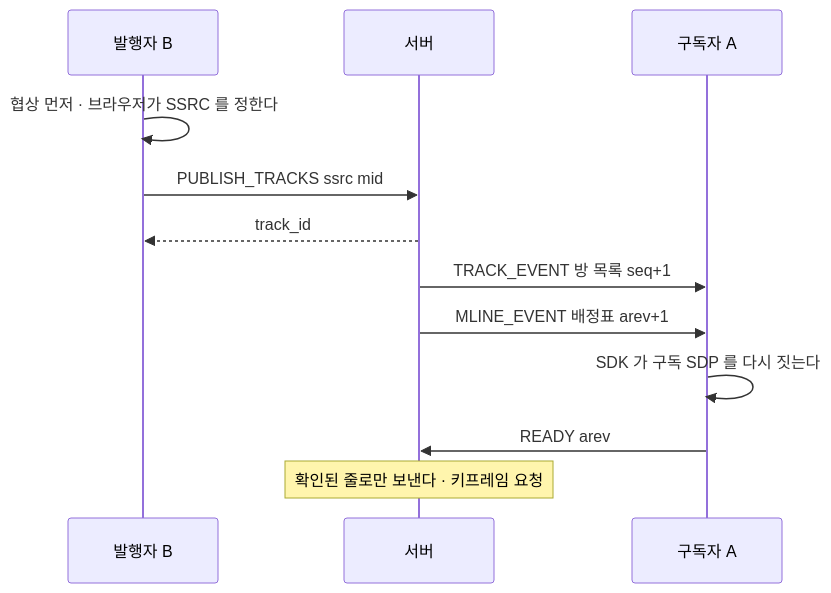
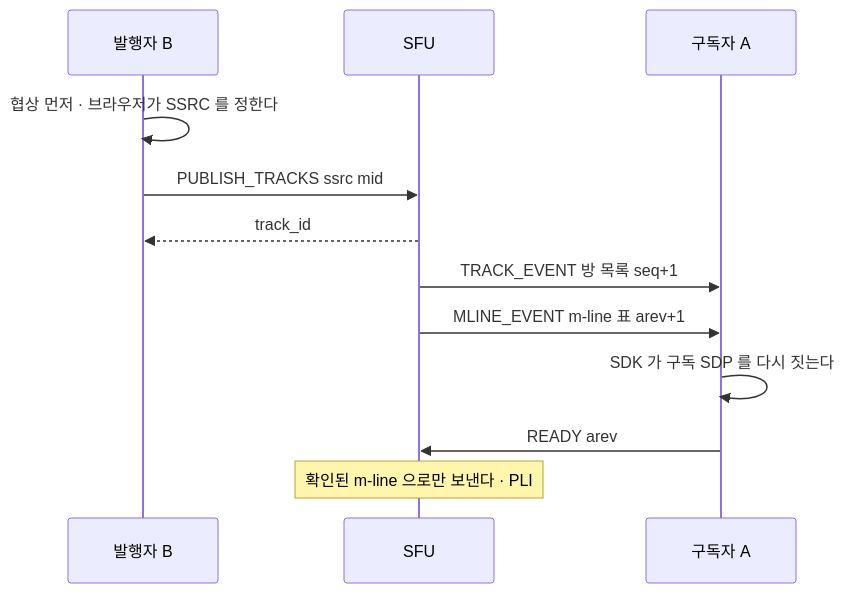
The first of 4 diagrams in docs/learn/03_PUBLISH_SUBSCRIBE.md (kodeholic9/oxlens-sfu), drawn with Mermaid before and after one commit. The commit also changed other lines of this file and 19 other files, not shown here.

````diff
--- a/docs/learn/03_PUBLISH_SUBSCRIBE.md
+++ b/docs/learn/03_PUBLISH_SUBSCRIBE.md
@@ -9,14 +11,14 @@
 ```mermaid
 sequenceDiagram
   participant B as 발행자 B
-  participant S as 서버
+  participant S as SFU
   participant A as 구독자 A
   B->>B: 협상 먼저 · 브라우저가 SSRC 를 정한다
   B->>S: PUBLISH_TRACKS ssrc mid
   S-->>B: track_id
   S->>A: TRACK_EVENT 방 목록 seq+1
-  S->>A: MLINE_EVENT 배정표 arev+1
+  S->>A: MLINE_EVENT m-line 표 arev+1
   A->>A: SDK 가 구독 SDP 를 다시 짓는다
   A->>S: READY arev
-  Note over S: 확인된 줄로만 보낸다 · 키프레임 요청
+  Note over S: 확인된 m-line 으로만 보낸다 · PLI
 ```
````
